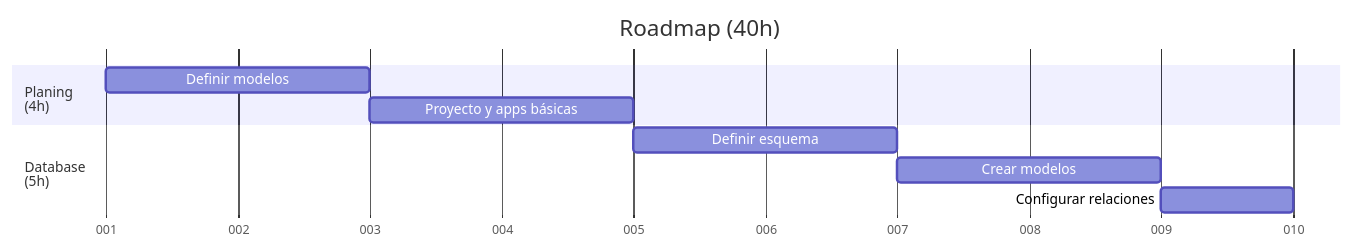
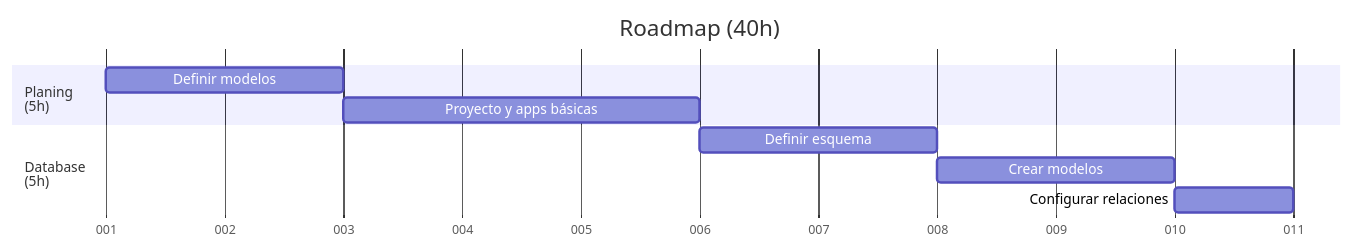
One commit to Covija97/BadenTracker changed the first of 5 diagrams in .info/roadmap.md. Above: the diagram before and after it, drawn with Mermaid. The commit also changed other lines of this file, not shown here.

Commit message:
Update roadmap.md to adjust task durations and improve scheduling accuracy

````diff
--- a/.info/roadmap.md
+++ b/.info/roadmap.md
@@ -16,15 +16,15 @@
 ```mermaid
 gantt
     title Roadmap (40h)
     dateFormat  DDD
     axisFormat %j
 
-    section Planing<br>(4h)
+    section Planing<br>(5h)
     Definir modelos             : 01-01, 2d
-    Proyecto y apps básicas     : 01-03, 2d
+    Proyecto y apps básicas     : 01-03, 3d
 
     section Database<br>(5h)
-    Definir esquema             : 01-05, 2d
-    Crear modelos               : 01-07, 2d
-    Configurar relaciones       : 01-09, 1d
+    Definir esquema             : 01-06, 2d
+    Crear modelos               : 01-08, 2d
+    Configurar relaciones       : 01-10, 1d
 ```
````
